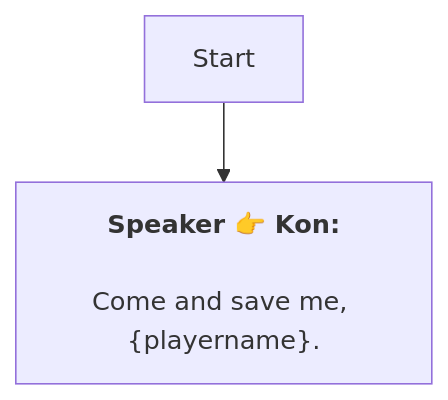
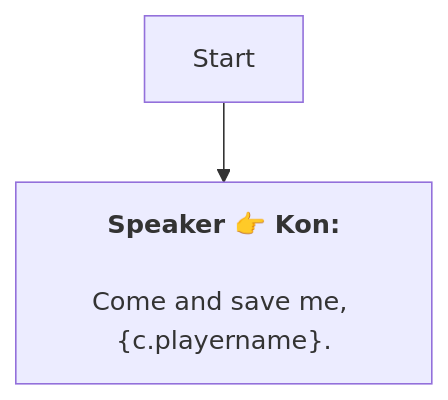
One commit to SoftHu/tos_avg changed the diagram in En/AddDialogNode_1739411615780033.md. Above: the diagram before and after it, drawn with Mermaid. The commit also changed 410 other files, not shown here.

````diff
--- a/En/AddDialogNode_1739411615780033.md
+++ b/En/AddDialogNode_1739411615780033.md
@@ -1,6 +1,6 @@
 ```mermaid
 graph
 Start -->1739411660946628[<b>Speaker 👉 Kon:</b>
-\nCome and save me, &lbrace;playername&rbrace;.]
+\nCome and save me, &lbrace;c.playername&rbrace;.]
 
 ```
````
